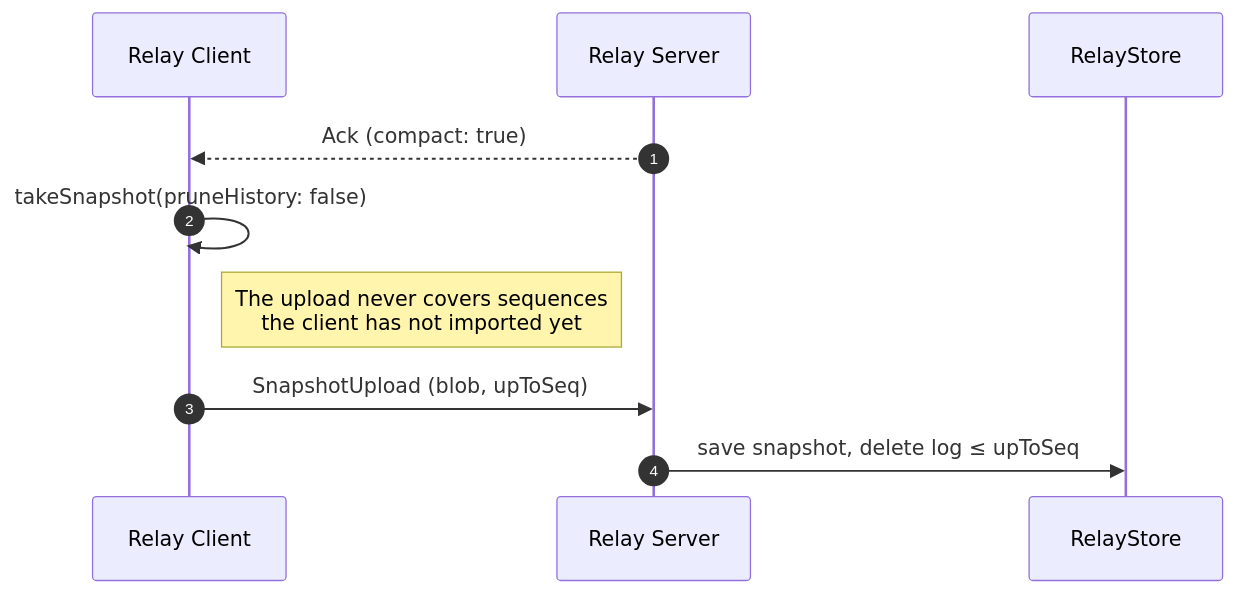
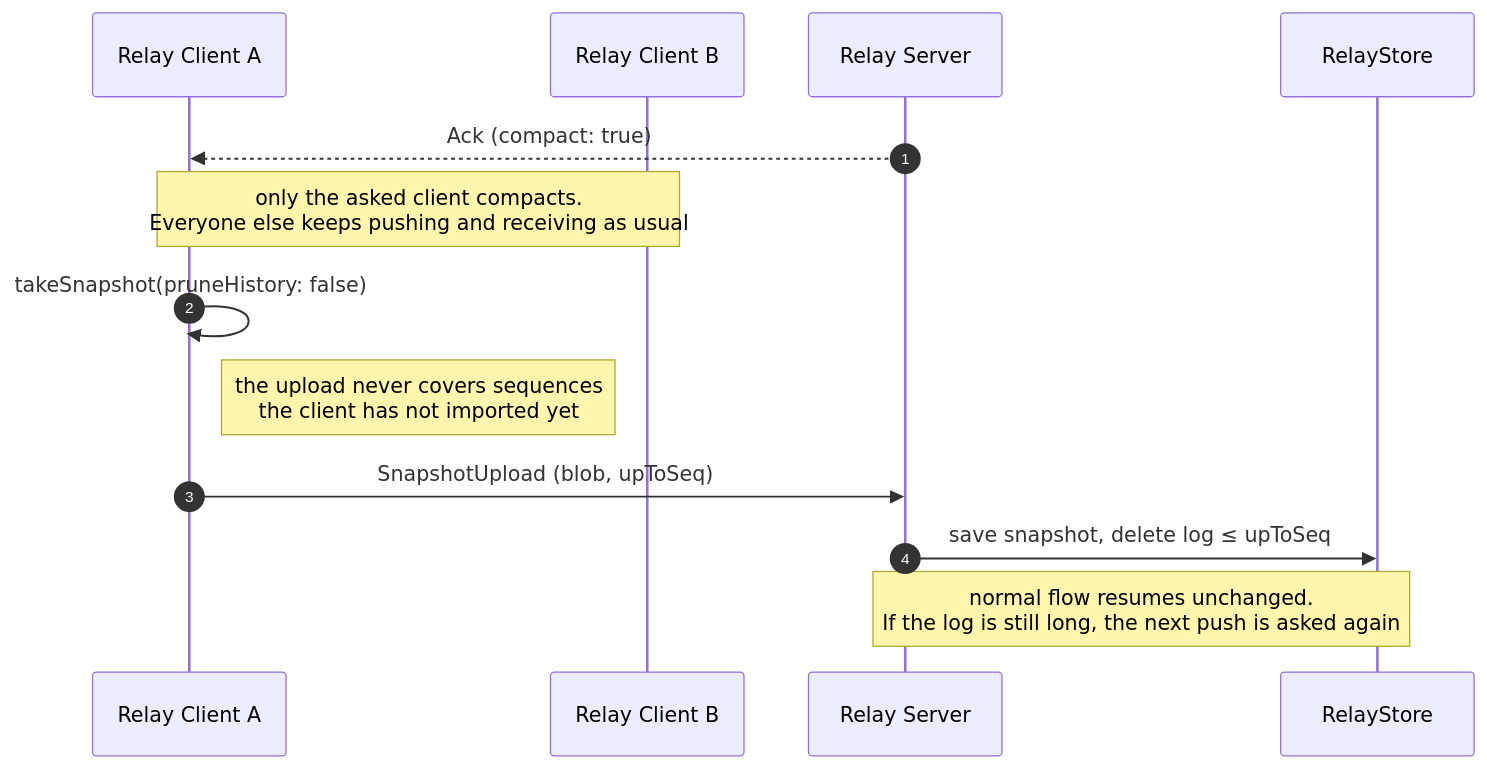
Before and after one commit to MattiaPispisa/crdt: the sixth of 7 diagrams in packages/crdt_socket_sync/README.md, drawn with Mermaid. The commit also changed other lines of this file, not shown here.

````diff
--- a/packages/crdt_socket_sync/README.md
+++ b/packages/crdt_socket_sync/README.md
@@ -489,13 +490,16 @@
 ```mermaid
 sequenceDiagram
     autonumber
-    participant C as Relay Client
+    participant CA as Relay Client A
+    participant CB as Relay Client B
     participant R as Relay Server
     participant S as RelayStore
 
-    R-->>C: Ack (compact: true)
-    C->>C: takeSnapshot(pruneHistory: false)
-    Note right of C: The upload never covers sequences<br/>the client has not imported yet
-    C->>R: SnapshotUpload (blob, upToSeq)
+    R-->>CA: Ack (compact: true)
+    Note over CA,CB: only the asked client compacts.<br/>Everyone else keeps pushing and receiving as usual
+    CA->>CA: takeSnapshot(pruneHistory: false)
+    Note right of CA: the upload never covers sequences<br/>the client has not imported yet
+    CA->>R: SnapshotUpload (blob, upToSeq)
     R->>S: save snapshot, delete log ≤ upToSeq
+    Note over R,S: normal flow resumes unchanged.<br/>If the log is still long, the next push is asked again
 ```
````
